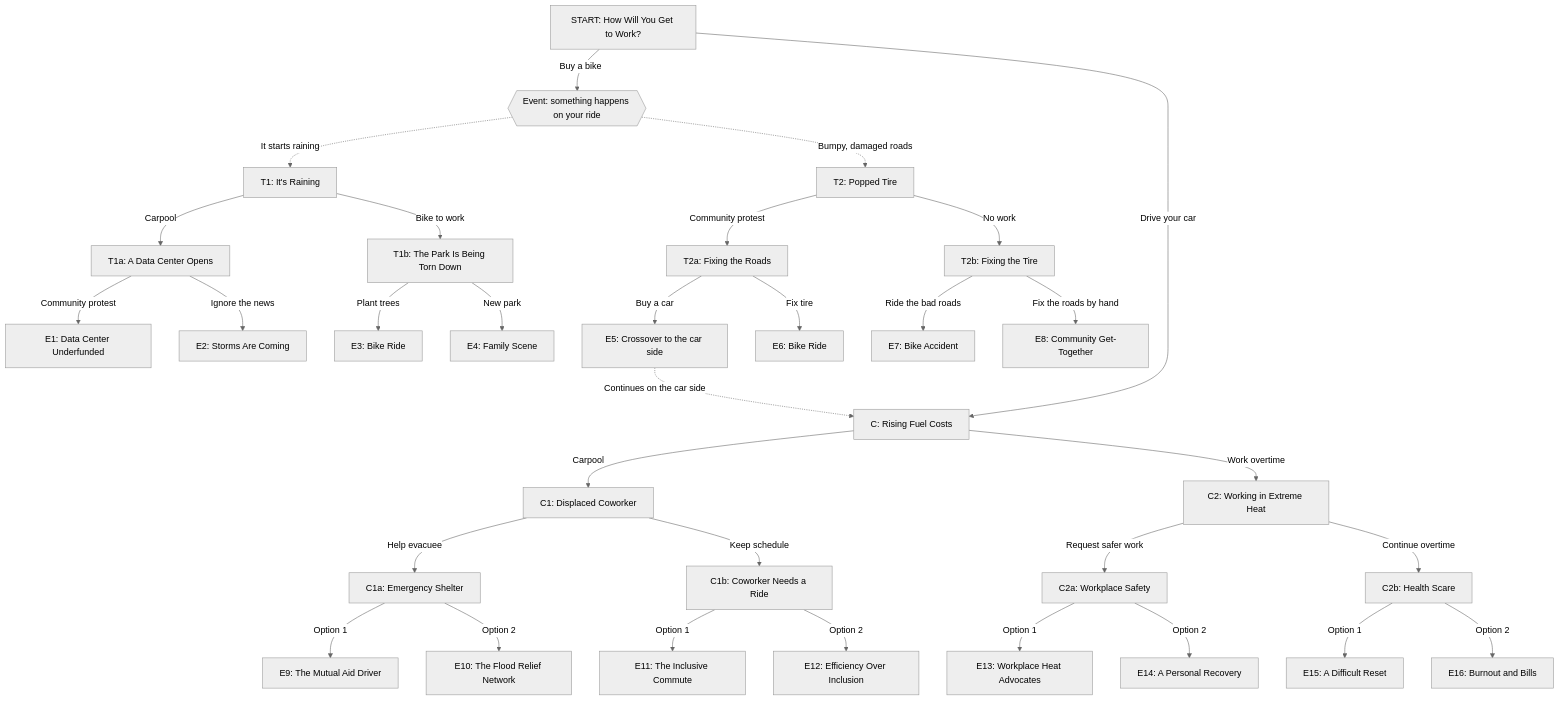
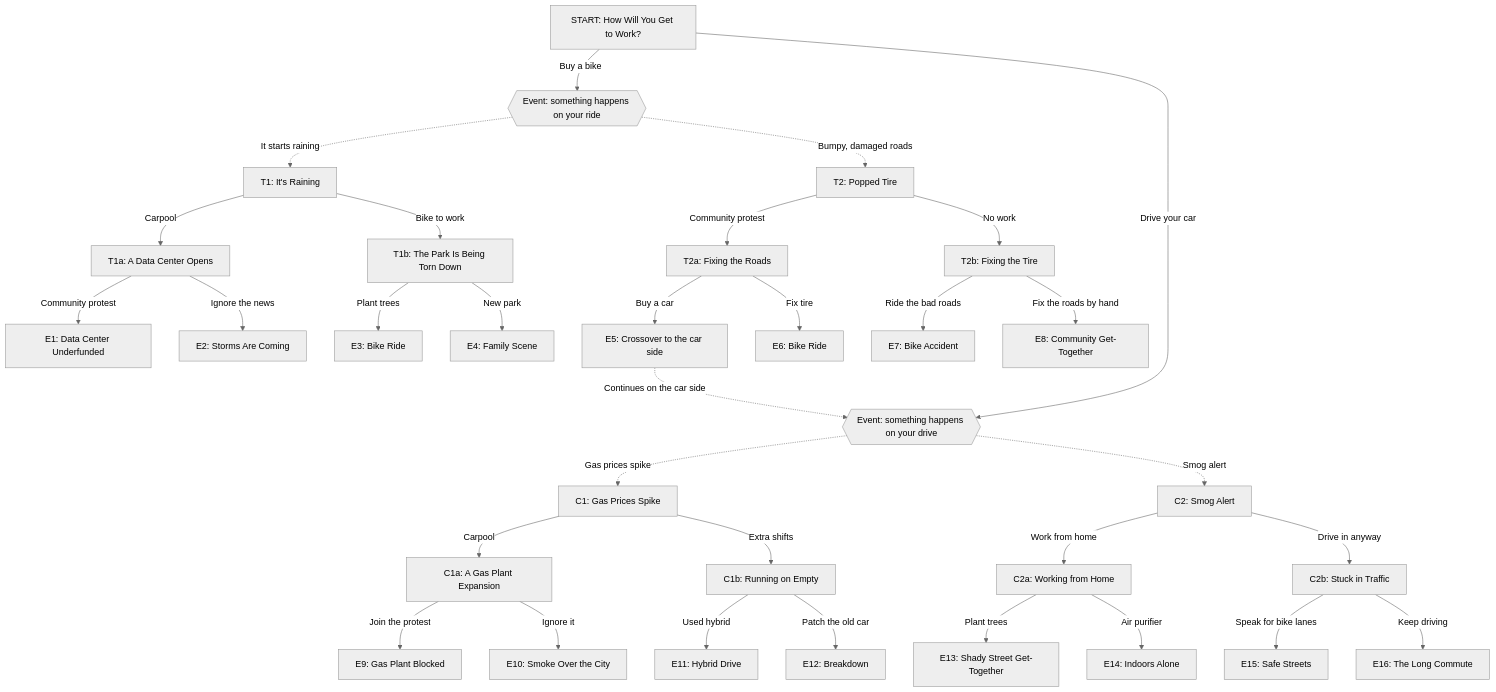
Before and after one commit to aalwazir/Climate-Game: the diagram in docs/decision-tree.md, drawn with Mermaid (neutral theme). The commit also changed other lines of this file, not shown here.

First line of the commit message:
Redesign the car side of the decision tree

````diff
--- a/docs/decision-tree.md
+++ b/docs/decision-tree.md
@@ -40,35 +40,35 @@
 ```mermaid
 flowchart TD
     START["START: How Will You Get to Work?"]
     START -->|Buy a bike| EV{{"Event: something happens on your ride"}}
     EV -.->|It starts raining| T1["T1: It's Raining"]
     EV -.->|Bumpy, damaged roads| T2["T2: Popped Tire"]
     T1 -->|Carpool| T1a["T1a: A Data Center Opens"]
     T1 -->|Bike to work| T1b["T1b: The Park Is Being Torn Down"]
     T2 -->|Community protest| T2a["T2a: Fixing the Roads"]
     T2 -->|No work| T2b["T2b: Fixing the Tire"]
     T1a -->|Community protest| E1["E1: Data Center Underfunded"]
     T1a -->|Ignore the news| E2["E2: Storms Are Coming"]
     T1b -->|Plant trees| E3["E3: Bike Ride"]
     T1b -->|New park| E4["E4: Family Scene"]
     T2a -->|Buy a car| E5["E5: Crossover to the car side"]
     T2a -->|Fix tire| E6["E6: Bike Ride"]
     T2b -->|Ride the bad roads| E7["E7: Bike Accident"]
     T2b -->|Fix the roads by hand| E8["E8: Community Get-Together"]
-    E5 -.->|Continues on the car side| C
-    START -->|Drive your car| C["C: Rising Fuel Costs"]
-    C -->|Carpool| C1["C1: Displaced Coworker"]
-    C -->|Work overtime| C2["C2: Working in Extreme Heat"]
-    C1 -->|Help evacuee| C1a["C1a: Emergency Shelter"]
-    C1 -->|Keep schedule| C1b["C1b: Coworker Needs a Ride"]
-    C2 -->|Request safer work| C2a["C2a: Workplace Safety"]
-    C2 -->|Continue overtime| C2b["C2b: Health Scare"]
-    C1a -->|Option 1| E9["E9: The Mutual Aid Driver"]
-    C1a -->|Option 2| E10["E10: The Flood Relief Network"]
-    C1b -->|Option 1| E11["E11: The Inclusive Commute"]
-    C1b -->|Option 2| E12["E12: Efficiency Over Inclusion"]
-    C2a -->|Option 1| E13["E13: Workplace Heat Advocates"]
-    C2a -->|Option 2| E14["E14: A Personal Recovery"]
-    C2b -->|Option 1| E15["E15: A Difficult Reset"]
-    C2b -->|Option 2| E16["E16: Burnout and Bills"]
+    START -->|Drive your car| CEV{{"Event: something happens on your drive"}}
+    E5 -.->|Continues on the car side| CEV
+    CEV -.->|Gas prices spike| C1["C1: Gas Prices Spike"]
+    CEV -.->|Smog alert| C2["C2: Smog Alert"]
+    C1 -->|Carpool| C1a["C1a: A Gas Plant Expansion"]
+    C1 -->|Extra shifts| C1b["C1b: Running on Empty"]
+    C2 -->|Work from home| C2a["C2a: Working from Home"]
+    C2 -->|Drive in anyway| C2b["C2b: Stuck in Traffic"]
+    C1a -->|Join the protest| E9["E9: Gas Plant Blocked"]
+    C1a -->|Ignore it| E10["E10: Smoke Over the City"]
+    C1b -->|Used hybrid| E11["E11: Hybrid Drive"]
+    C1b -->|Patch the old car| E12["E12: Breakdown"]
+    C2a -->|Plant trees| E13["E13: Shady Street Get-Together"]
+    C2a -->|Air purifier| E14["E14: Indoors Alone"]
+    C2b -->|Speak for bike lanes| E15["E15: Safe Streets"]
+    C2b -->|Keep driving| E16["E16: The Long Commute"]
 ```
````
